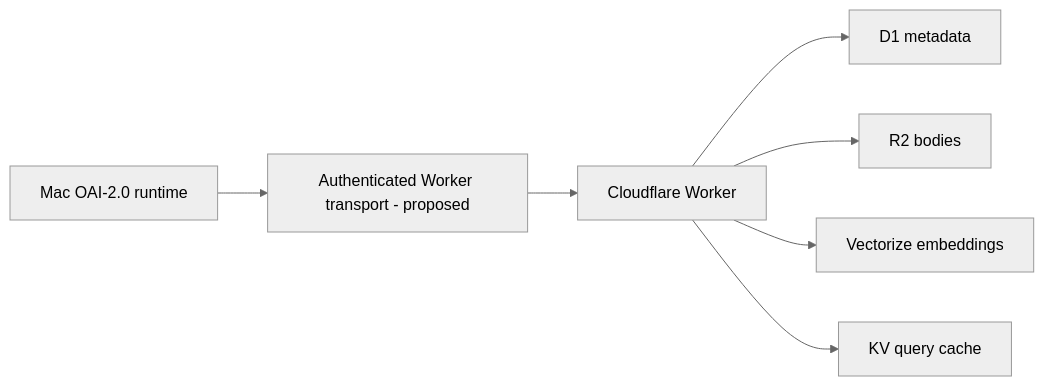
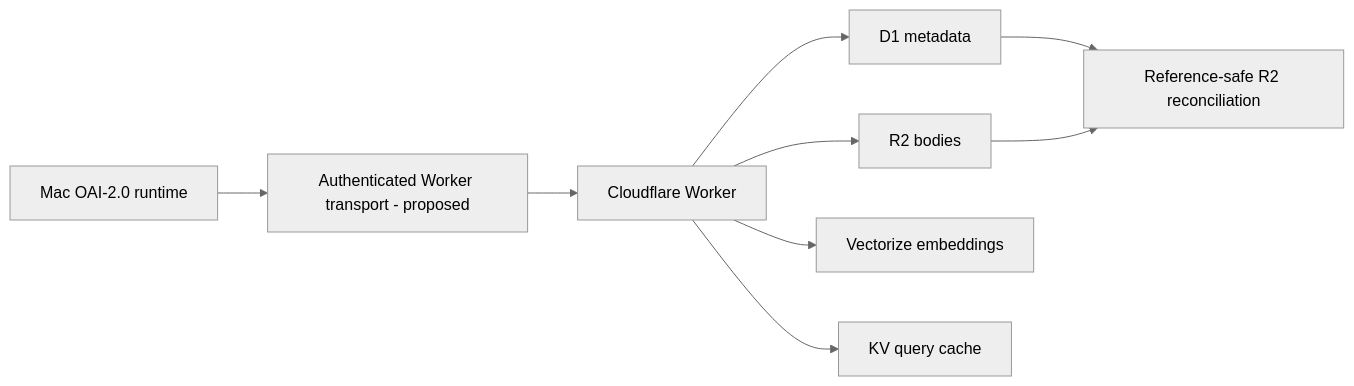
One commit to ORCHORDS-LCC/OAI-2.0 changed the first of 3 diagrams in docs/agent-architecture/CLOUDFLARE_KNOWLEDGE.md. Above: the diagram before and after it, drawn with Mermaid (neutral theme). The commit also changed other lines of this file, not shown here.

````diff
--- a/docs/agent-architecture/CLOUDFLARE_KNOWLEDGE.md
+++ b/docs/agent-architecture/CLOUDFLARE_KNOWLEDGE.md
@@ -13,9 +13,11 @@
 ```mermaid
 flowchart LR
     M[Mac OAI-2.0 runtime] --> T[Authenticated Worker transport - proposed]
     T --> W[Cloudflare Worker]
     W --> D[D1 metadata]
     W --> R[R2 bodies]
     W --> V[Vectorize embeddings]
     W --> K[KV query cache]
+    D --> GC[Reference-safe R2 reconciliation]
+    R --> GC
 ```
````
